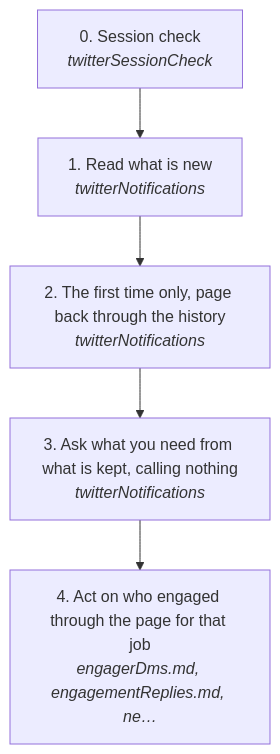
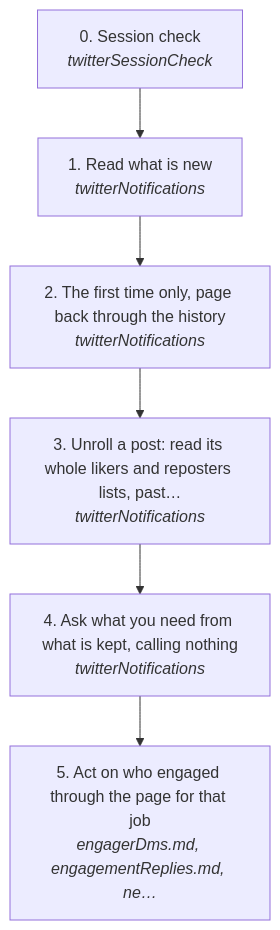
Before and after one commit to matthewdonsemail-lab/log: the diagram in docs/useCases/twitter/notifications.md, drawn with Mermaid. The commit also changed other lines of this file and 24 other files, not shown here.

First line of the commit message:
feat(twitter): notifications unroll a post's whole likers and reposters lists, deduped, through one state machine

````diff
--- a/docs/useCases/twitter/notifications.md
+++ b/docs/useCases/twitter/notifications.md
@@ -14,12 +14,14 @@
 ```mermaid
 flowchart TD
   s0["0. Session check<br/><i>twitterSessionCheck</i>"]
   s1["1. Read what is new<br/><i>twitterNotifications</i>"]
   s2["2. The first time only, page back through the history<br/><i>twitterNotifications</i>"]
-  s3["3. Ask what you need from what is kept, calling nothing<br/><i>twitterNotifications</i>"]
-  s4["4. Act on who engaged through the page for that job<br/><i>engagerDms.md, engagementReplies.md, ne…</i>"]
+  s3["3. Unroll a post: read its whole likers and reposters lists, past…<br/><i>twitterNotifications</i>"]
+  s4["4. Ask what you need from what is kept, calling nothing<br/><i>twitterNotifications</i>"]
+  s5["5. Act on who engaged through the page for that job<br/><i>engagerDms.md, engagementReplies.md, ne…</i>"]
   s0 --> s1
   s1 --> s2
   s2 --> s3
   s3 --> s4
+  s4 --> s5
 ```
````
